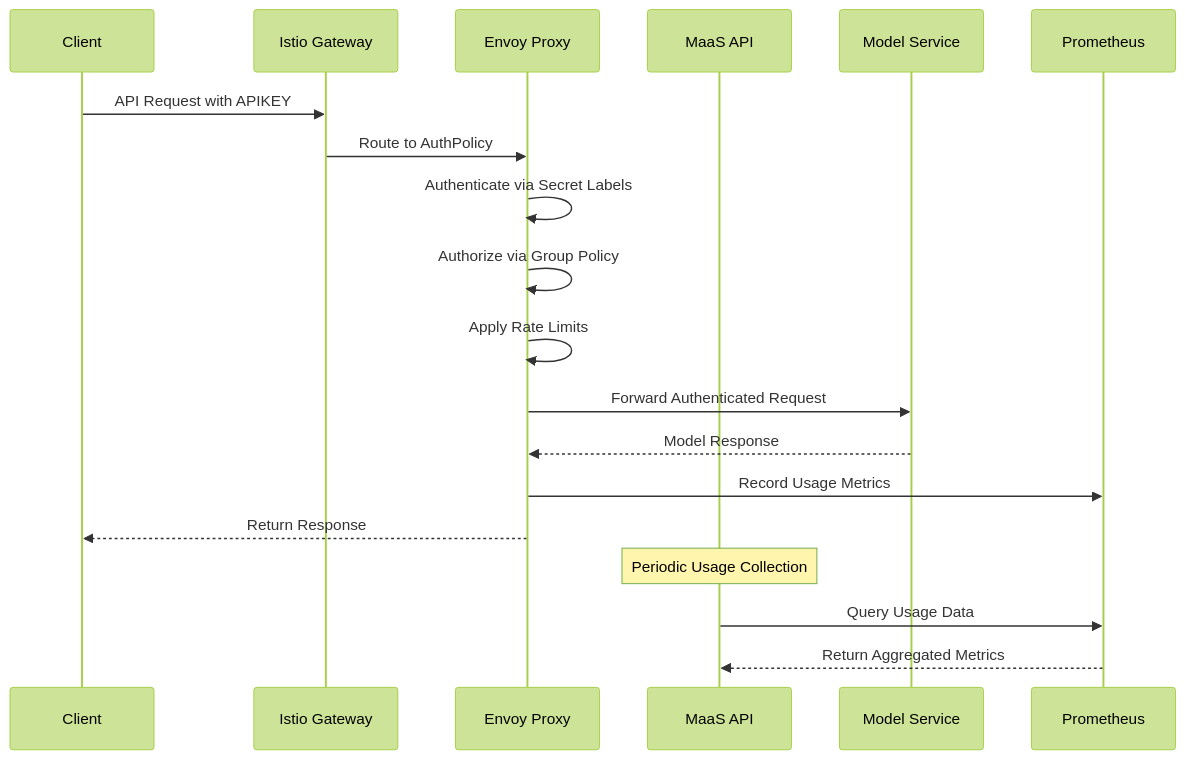
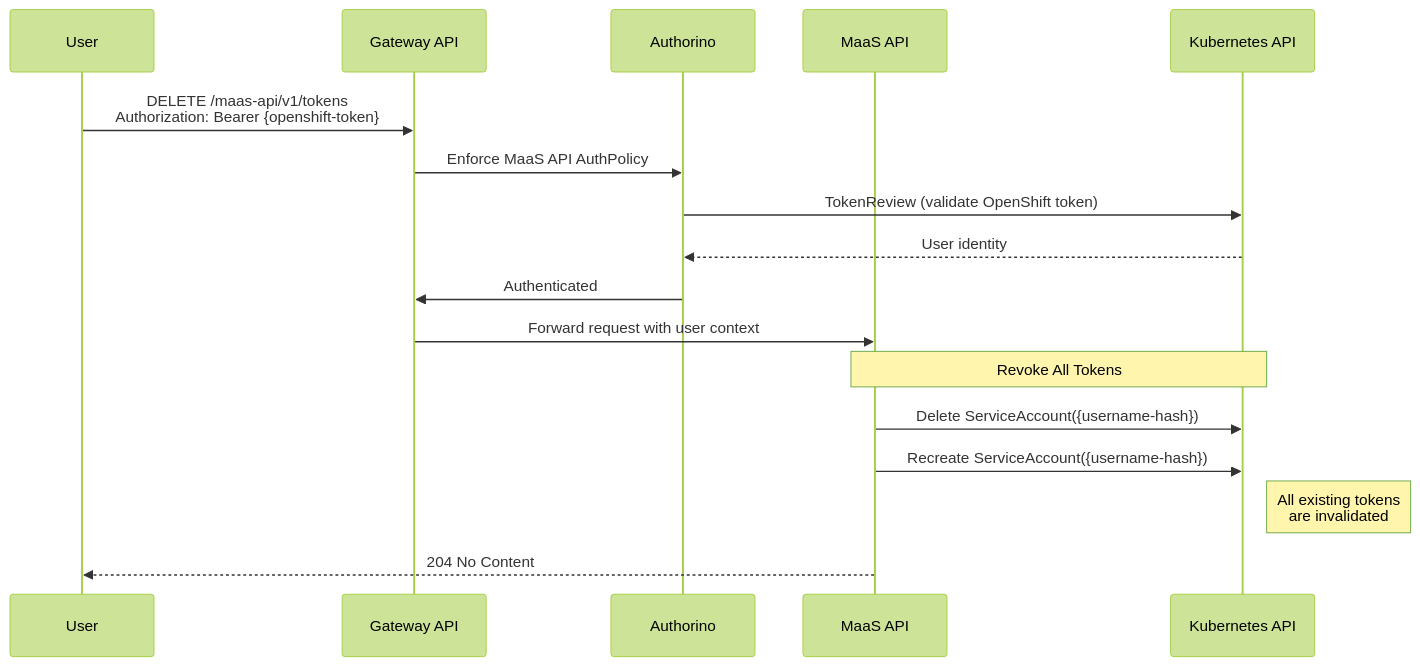
One commit to yossiovadia/maas-billing changed the second of 3 diagrams in maas-api/architecture.md. Above: the diagram before and after it, drawn with Mermaid (forest theme). The commit also changed other lines of this file, not shown here.

First line of the commit message:
fix: update the maas-api architecture doc (#172)

````diff
--- a/maas-api/architecture.md
+++ b/maas-api/architecture.md
@@ -230,23 +231,23 @@
 ```mermaid
 sequenceDiagram
-    participant Client
-    participant Gateway as Istio Gateway
-    participant Envoy as Envoy Proxy
-    participant KM as MaaS API
-    participant KServe as Model Service
-    participant Metrics as Prometheus
+    participant User
+    participant Gateway as Gateway API
+    participant Authorino
+    participant MaaS as MaaS API
+    participant K8s as Kubernetes API
 
-    Client->>Gateway: API Request with APIKEY
-    Gateway->>Envoy: Route to AuthPolicy
-    Envoy->>Envoy: Authenticate via Secret Labels
-    Envoy->>Envoy: Authorize via Group Policy
-    Envoy->>Envoy: Apply Rate Limits
-    Envoy->>KServe: Forward Authenticated Request
-    KServe-->>Envoy: Model Response
-    Envoy->>Metrics: Record Usage Metrics
-    Envoy-->>Client: Return Response
+    User->>Gateway: DELETE /maas-api/v1/tokens<br/>Authorization: Bearer {openshift-token}
+    Gateway->>Authorino: Enforce MaaS API AuthPolicy
+    Authorino->>K8s: TokenReview (validate OpenShift token)
+    K8s-->>Authorino: User identity
+    Authorino->>Gateway: Authenticated
+    Gateway->>MaaS: Forward request with user context
 
-    Note over KM: Periodic Usage Collection
-    KM->>Metrics: Query Usage Data
-    Metrics-->>KM: Return Aggregated Metrics
+    Note over MaaS,K8s: Revoke All Tokens
+    MaaS->>K8s: Delete ServiceAccount({username-hash})
+    MaaS->>K8s: Recreate ServiceAccount({username-hash})
+
+    Note right of K8s: All existing tokens<br/>are invalidated
+
+    MaaS-->>User: 204 No Content
 ```
````
